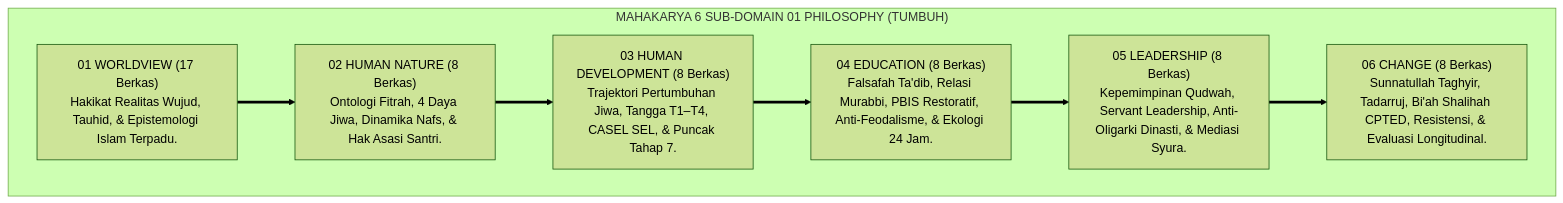
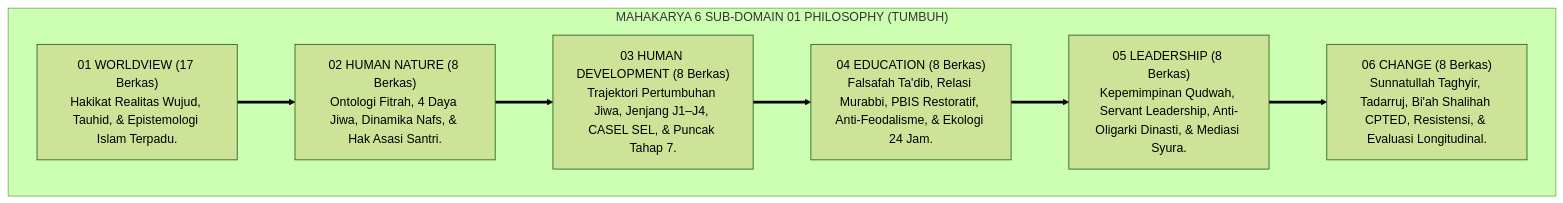
The second of 4 diagrams in 01 Philosophy/06 Change/P1-06-07-Sintesis-Dinamika-Perubahan-TUMBUH.md (wandiapriliyandi/tumbuh), drawn with Mermaid (forest theme) before and after one commit. The commit also changed other lines of this file and 209 other files, not shown here.

````diff
--- a/01 Philosophy/06 Change/P1-06-07-Sintesis-Dinamika-Perubahan-TUMBUH.md
+++ b/01 Philosophy/06 Change/P1-06-07-Sintesis-Dinamika-Perubahan-TUMBUH.md
@@ -99,18 +99,18 @@
 ```mermaid
 graph TD
     subgraph MasterDomain01Philosophy["MAHAKARYA 6 SUB-DOMAIN 01 PHILOSOPHY (TUMBUH)"]
         SD1["01 WORLDVIEW (17 Berkas)<br/>Hakikat Realitas Wujud, Tauhid, & Epistemologi Islam Terpadu."]
         
         SD2["02 HUMAN NATURE (8 Berkas)<br/>Ontologi Fitrah, 4 Daya Jiwa, Dinamika Nafs, & Hak Asasi Santri."]
         
-        SD3["03 HUMAN DEVELOPMENT (8 Berkas)<br/>Trajektori Pertumbuhan Jiwa, Tangga T1–T4, CASEL SEL, & Puncak Tahap 7."]
+        SD3["03 HUMAN DEVELOPMENT (8 Berkas)<br/>Trajektori Pertumbuhan Jiwa, Jenjang J1–J4, CASEL SEL, & Puncak Tahap 7."]
         
         SD4["04 EDUCATION (8 Berkas)<br/>Falsafah Ta'dib, Relasi Murabbi, PBIS Restoratif, Anti-Feodalisme, & Ekologi 24 Jam."]
         
         SD5["05 LEADERSHIP (8 Berkas)<br/>Kepemimpinan Qudwah, Servant Leadership, Anti-Oligarki Dinasti, & Mediasi Syura."]
         
         SD6["06 CHANGE (8 Berkas)<br/>Sunnatullah Taghyir, Tadarruj, Bi'ah Shalihah CPTED, Resistensi, & Evaluasi Longitudinal."]
         
         SD1 ==> SD2 ==> SD3 ==> SD4 ==> SD5 ==> SD6
     end
 ```
````
